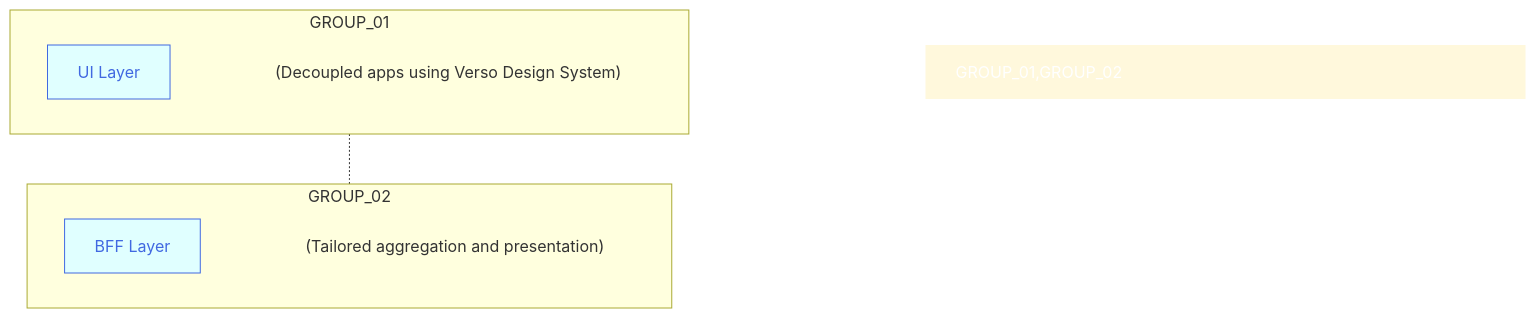
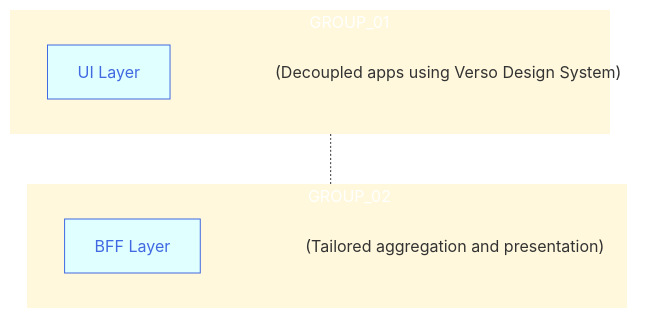
One commit to joe-dorward/samples changed the diagram in buttons_mermaid_v5.md. Above: the diagram before and after it, drawn with Mermaid.

````diff
--- a/buttons_mermaid_v5.md
+++ b/buttons_mermaid_v5.md
@@ -3,41 +3,42 @@
 ```mermaid
   %%{
     init: {
       "flowchart": { "markdownAutoWrap":"false", "textWrap":"false", "wrappingWidth": "100%" }
     }
   }%%
   flowchart TD
 
   classDef Button fill:lightcyan, stroke:royalblue, color:royalblue;
   classDef Note fill:transparent, stroke-width:0px
   %% ---------- ---------- ---------- ---------- ---------- ---------- ---------- ---------- ---------- ----------
   subgraph GROUP_01
     direction LR
 
     BUTTON_01_NOTE["(Decoupled apps using Verso Design System)"]:::Note
     BUTTON_01["UI Layer"]:::Button
     click BUTTON_01 "https://en.wikipedia.org/wiki/Main_Page" _blank
 
     BUTTON_01~~~
     BUTTON_01_NOTE
   end
   %% ---------- ---------- ---------- ---------- ---------- ---------- ---------- ---------- ---------- ----------
   subgraph GROUP_02
     direction LR
 
     BUTTON_02_NOTE["(Tailored aggregation and presentation)"]:::Note
     BUTTON_02["BFF Layer"]:::Button
     click BUTTON_02 "https://en.wikipedia.org/wiki/Main_Page" _blank
 
     BUTTON_02~~~
     BUTTON_02_NOTE
   end
   %% ---------- ---------- ---------- ---------- ---------- ---------- ---------- ---------- ---------- ----------
 
 GROUP_01-.-GROUP_02
 
 %%BUTTON_01-->BUTTON_02
 
-  style GROUP_01,GROUP_02 fill:cornsilk, color:white, stroke-width:0px, width: 600px
+  style GROUP_01 fill:cornsilk, color:white, stroke-width:0px, width: 600px
+  style GROUP_02 fill:cornsilk, color:white, stroke-width:0px, width: 600px
 
 ```
````
